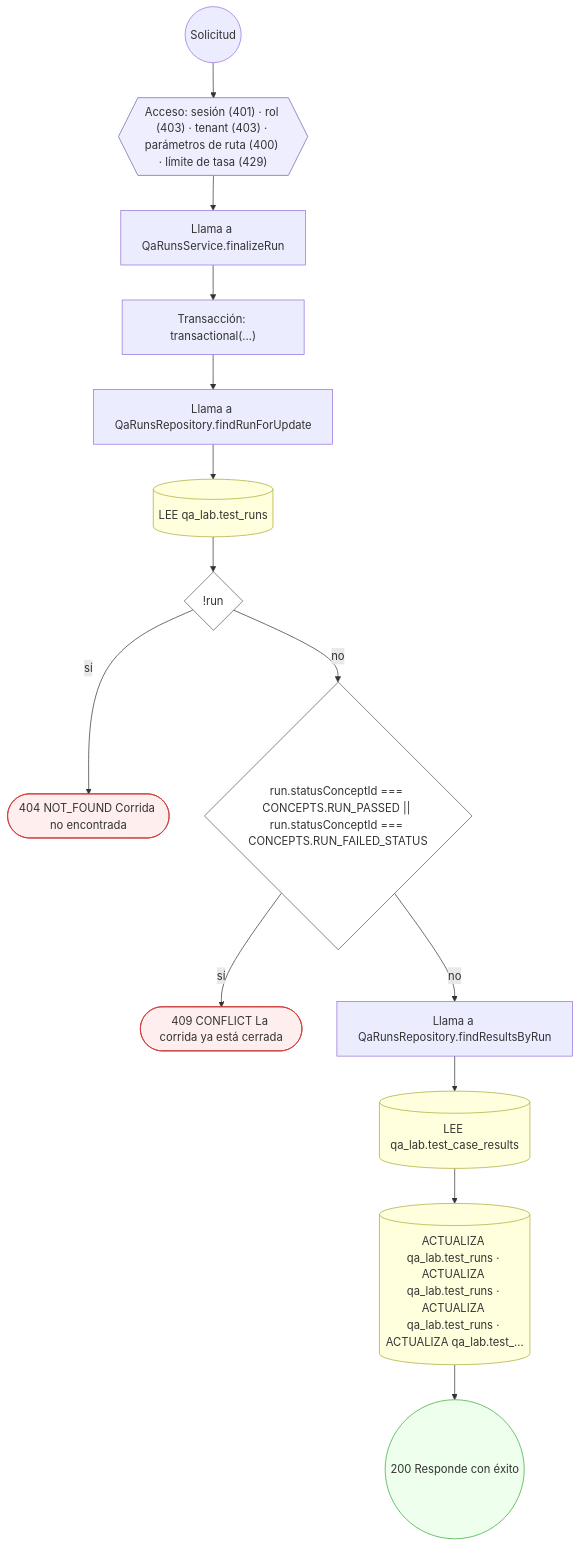
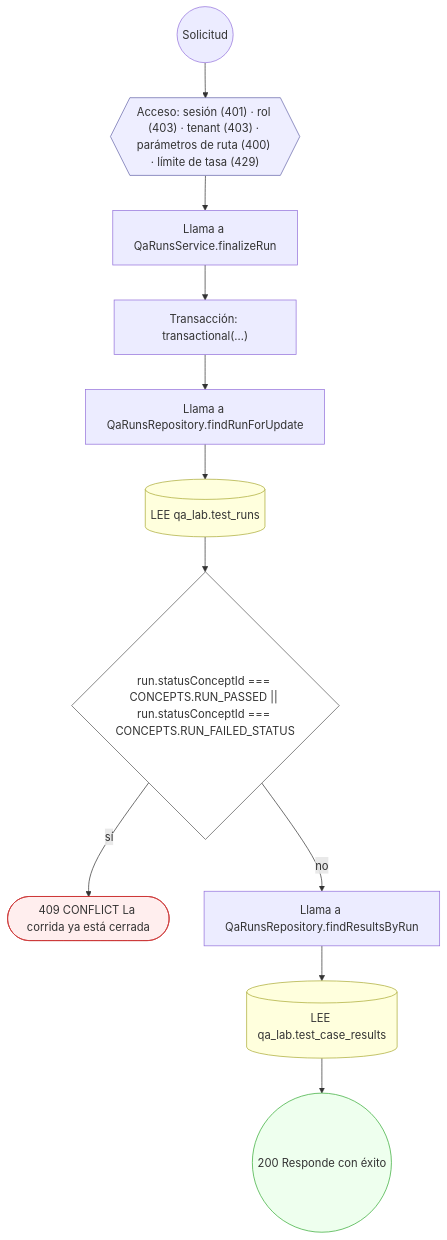
One commit to mdavila-2001/mantra-core-health-api changed diagram 13 of 17 in docs/inventario/flujos/qa_lab.md. Above: the diagram before and after it, drawn with Mermaid. The commit also changed other lines of this file and 438 other files, not shown here.

````diff
--- a/docs/inventario/flujos/qa_lab.md
+++ b/docs/inventario/flujos/qa_lab.md
@@ -1049,36 +953,30 @@
 ```mermaid
 flowchart TD
   n1(("Solicitud")):::inicio
   n2{{"Acceso: sesión (401) · rol (403) · tenant (403) · parámetros de ruta (400) · límite de tasa (429)"}}:::acceso
   n1 --> n2
   n3["Llama a QaRunsService.finalizeRun"]:::llamada
   n2 --> n3
   n4["Transacción: transactional(…)"]:::transaccion
   n3 --> n4
   n5["Llama a QaRunsRepository.findRunForUpdate"]:::llamada
   n4 --> n5
   n6[("LEE qa_lab.test_runs")]:::efecto
   n5 --> n6
-  n7{"!run"}:::decision
+  n7{"run.statusConceptId === CONCEPTS.RUN_PASSED || run.statusConceptId === CONCEPTS.RUN_FAILED_STATUS"}:::decision
   n6 --> n7
-  n8(["404 NOT_FOUND Corrida no encontrada"]):::error
+  n8(["409 CONFLICT La corrida ya está cerrada"]):::error
   n7 -->|"sí"| n8
-  n9{"run.statusConceptId === CONCEPTS.RUN_PASSED || run.statusConceptId === CONCEPTS.RUN_FAILED_STATUS"}:::decision
+  n9["Llama a QaRunsRepository.findResultsByRun"]:::llamada
   n7 -->|"no"| n9
-  n10(["409 CONFLICT La corrida ya está cerrada"]):::error
-  n9 -->|"sí"| n10
-  n11["Llama a QaRunsRepository.findResultsByRun"]:::llamada
-  n9 -->|"no"| n11
-  n12[("LEE qa_lab.test_case_results")]:::efecto
-  n11 --> n12
-  n13[("ACTUALIZA qa_lab.test_runs · ACTUALIZA qa_lab.test_runs · ACTUALIZA qa_lab.test_runs · ACTUALIZA qa_lab.test_…")]:::efecto
-  n12 --> n13
-  n14(("200 Responde con éxito")):::ok
-  n13 --> n14
+  n10[("LEE qa_lab.test_case_results")]:::efecto
+  n9 --> n10
+  n11(("200 Responde con éxito")):::ok
+  n10 --> n11
   classDef acceso fill:#eef,stroke:#66a
   classDef error fill:#fee,stroke:#c33
   classDef ok fill:#efe,stroke:#3a3
   classDef efecto fill:#ffd,stroke:#aa3
   classDef decision fill:#fff,stroke:#555
   classDef corte fill:#eee,stroke:#999,stroke-dasharray: 4
 ```
````
